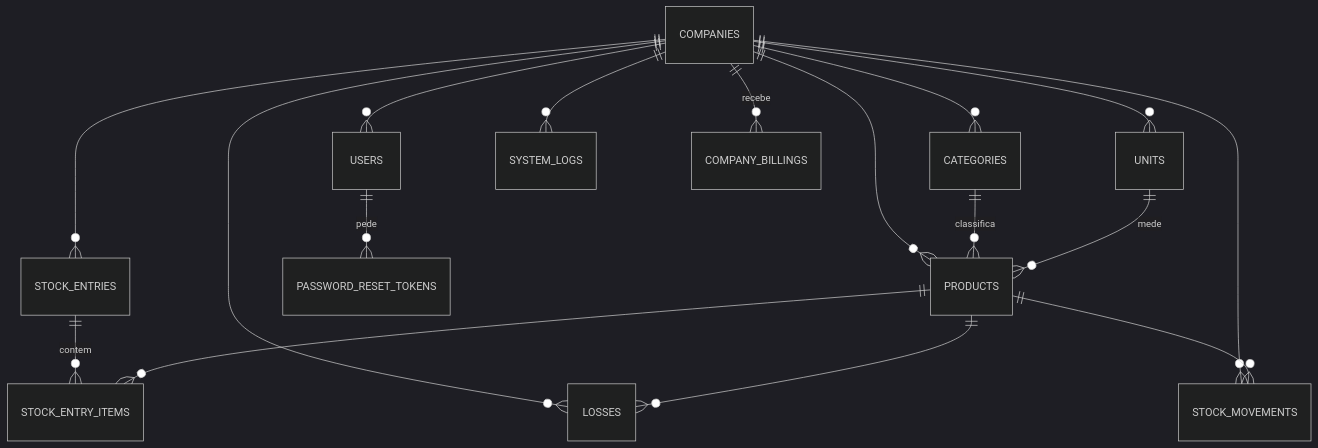
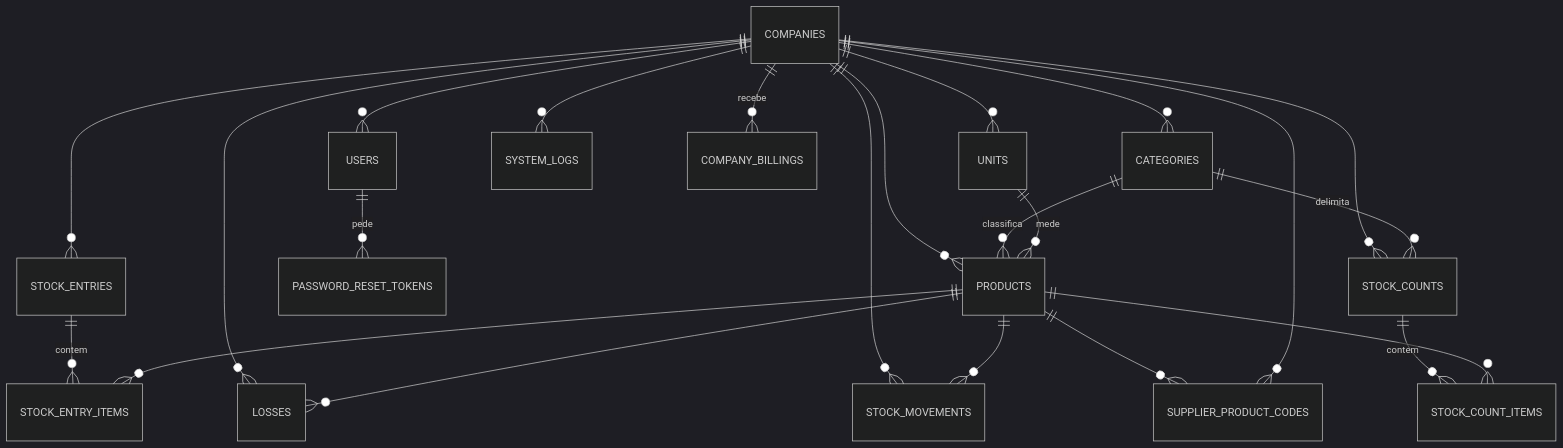
One commit to ERP-LITE/HortiERP-Lite changed the diagram in docs/modelo-de-dados.md. Above: the diagram before and after it, drawn with Mermaid (dark theme). The commit also changed other lines of this file and 88 other files, not shown here.

````diff
--- a/docs/modelo-de-dados.md
+++ b/docs/modelo-de-dados.md
@@ -19,19 +19,25 @@
 ```mermaid
 erDiagram
   COMPANIES ||--o{ USERS : ""
   COMPANIES ||--o{ CATEGORIES : ""
   COMPANIES ||--o{ UNITS : ""
   COMPANIES ||--o{ PRODUCTS : ""
   COMPANIES ||--o{ STOCK_ENTRIES : ""
   COMPANIES ||--o{ LOSSES : ""
   COMPANIES ||--o{ STOCK_MOVEMENTS : ""
   COMPANIES ||--o{ SYSTEM_LOGS : ""
   COMPANIES ||--o{ COMPANY_BILLINGS : recebe
   USERS ||--o{ PASSWORD_RESET_TOKENS : pede
   CATEGORIES ||--o{ PRODUCTS : classifica
   UNITS ||--o{ PRODUCTS : mede
   STOCK_ENTRIES ||--o{ STOCK_ENTRY_ITEMS : contem
   PRODUCTS ||--o{ STOCK_ENTRY_ITEMS : ""
   PRODUCTS ||--o{ LOSSES : ""
   PRODUCTS ||--o{ STOCK_MOVEMENTS : ""
+  PRODUCTS ||--o{ SUPPLIER_PRODUCT_CODES : ""
+  COMPANIES ||--o{ SUPPLIER_PRODUCT_CODES : ""
+  COMPANIES ||--o{ STOCK_COUNTS : ""
+  CATEGORIES ||--o{ STOCK_COUNTS : delimita
+  STOCK_COUNTS ||--o{ STOCK_COUNT_ITEMS : contem
+  PRODUCTS ||--o{ STOCK_COUNT_ITEMS : ""
 ```
````
